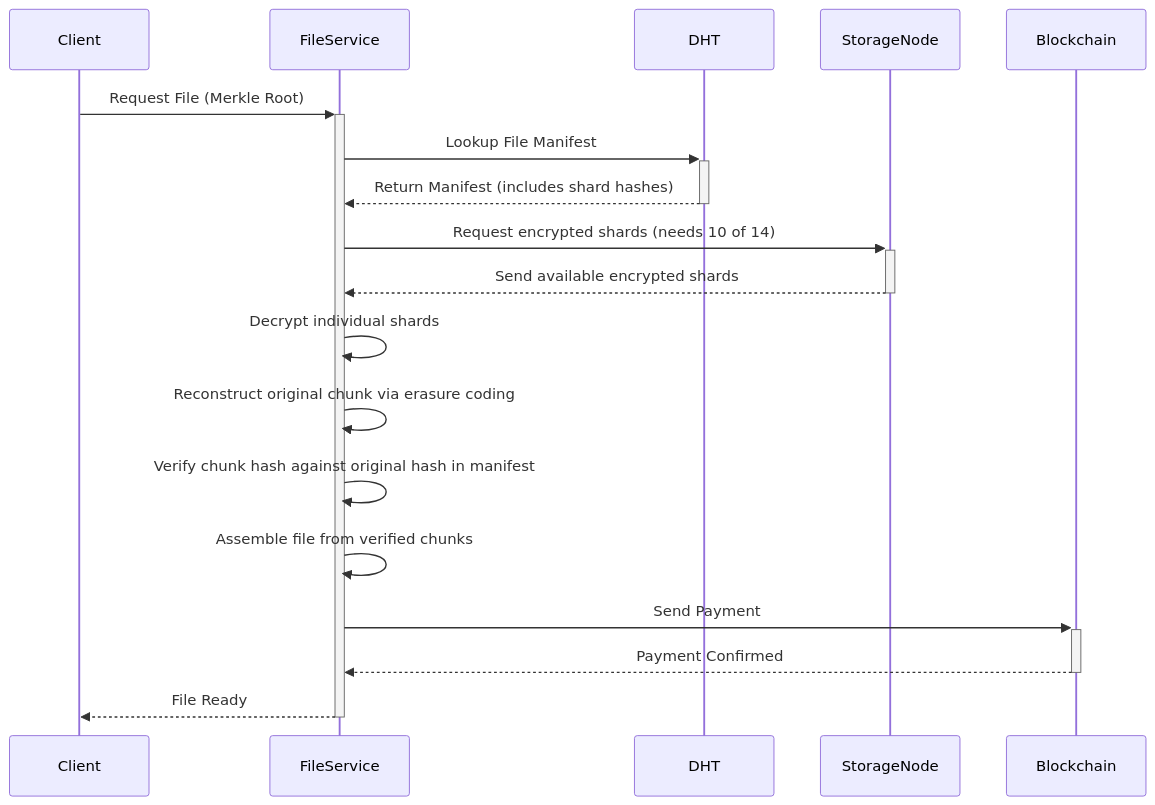
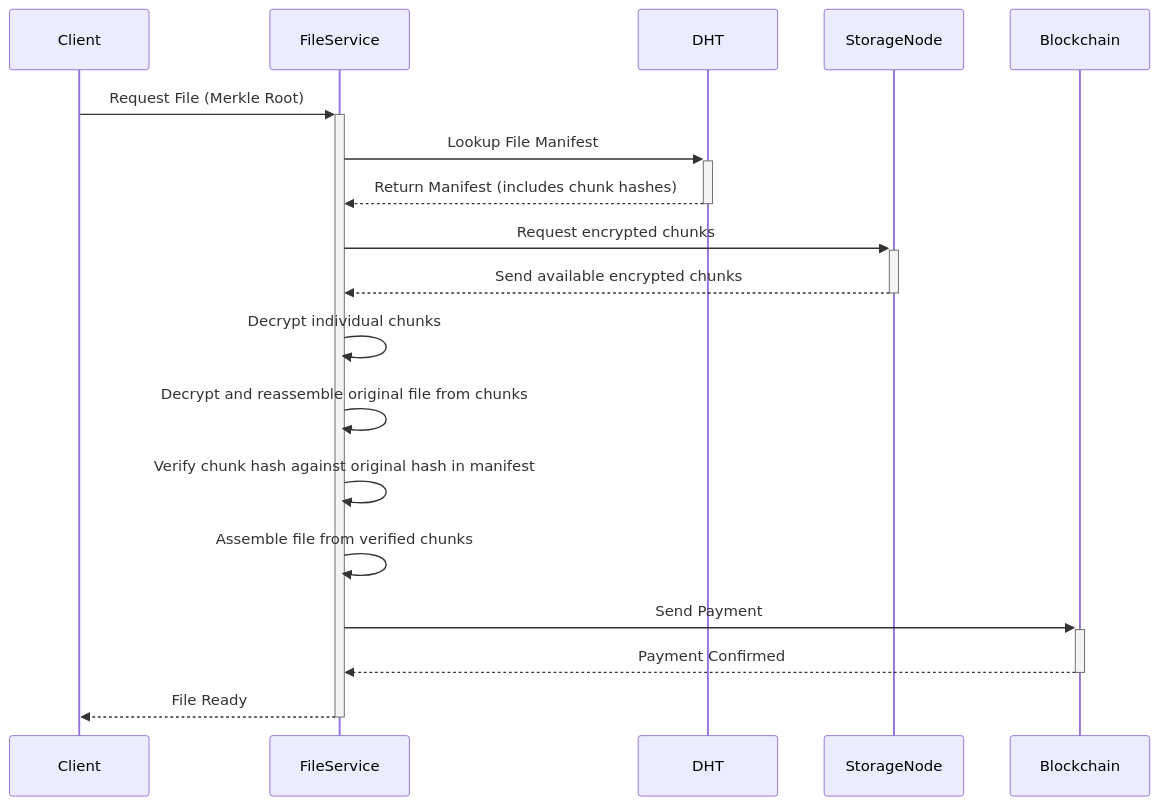
One commit to walrus-chanul-dandeniya/chiral-network changed the second of 2 diagrams in docs/02-architecture.md. Above: the diagram before and after it, drawn with Mermaid. The commit also changed other lines of this file and 6 other files, not shown here.

Commit message:
remove erasure coding

````diff
--- a/docs/02-architecture.md
+++ b/docs/02-architecture.md
@@ -289,21 +289,21 @@
 ```mermaid
 sequenceDiagram
     participant Client
     participant FileService
     participant DHT
     participant StorageNode
     participant Blockchain
 
     Client->>+FileService: Request File (Merkle Root)
     FileService->>+DHT: Lookup File Manifest
-    DHT-->>-FileService: Return Manifest (includes shard hashes)
-    FileService->>+StorageNode: Request encrypted shards (needs 10 of 14)
-    StorageNode-->>-FileService: Send available encrypted shards
-    FileService->>FileService: Decrypt individual shards
-    FileService->>FileService: Reconstruct original chunk via erasure coding
+    DHT-->>-FileService: Return Manifest (includes chunk hashes)
+    FileService->>+StorageNode: Request encrypted chunks
+    StorageNode-->>-FileService: Send available encrypted chunks
+    FileService->>FileService: Decrypt individual chunks
+    FileService->>FileService: Decrypt and reassemble original file from chunks
     FileService->>FileService: Verify chunk hash against original hash in manifest
     FileService->>FileService: Assemble file from verified chunks
     FileService->>+Blockchain: Send Payment
     Blockchain-->>-FileService: Payment Confirmed
     FileService-->>-Client: File Ready
 ```
````
